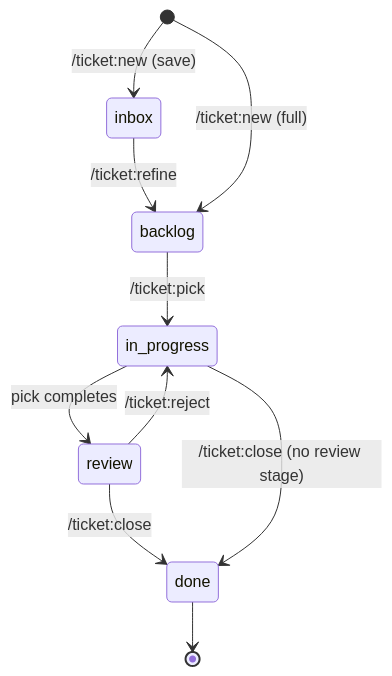
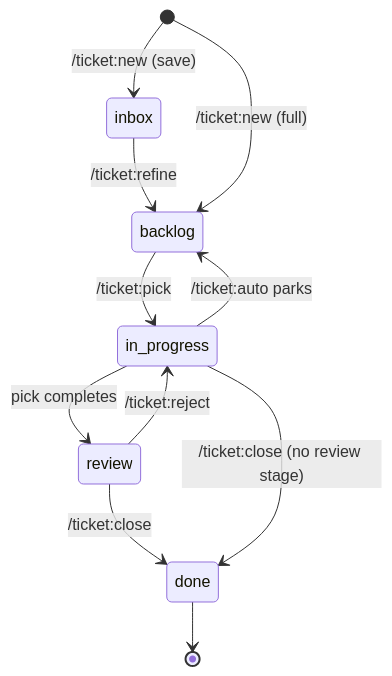
Before and after one commit to elmoritz/agents-skills-setup: the diagram in docs/workflow/overview.md, drawn with Mermaid. The commit also changed other lines of this file and 54 other files, not shown here.

````diff
--- a/docs/workflow/overview.md
+++ b/docs/workflow/overview.md
@@ -39,12 +41,13 @@
 ```mermaid
 stateDiagram-v2
     [*] --> inbox: /ticket:new (save)
     inbox --> backlog: /ticket:refine
     [*] --> backlog: /ticket:new (full)
     backlog --> in_progress: /ticket:pick
     in_progress --> review: pick completes
     review --> done: /ticket:close
     review --> in_progress: /ticket:reject
     in_progress --> done: /ticket:close (no review stage)
+    in_progress --> backlog: /ticket:auto parks
     done --> [*]
 ```
````
